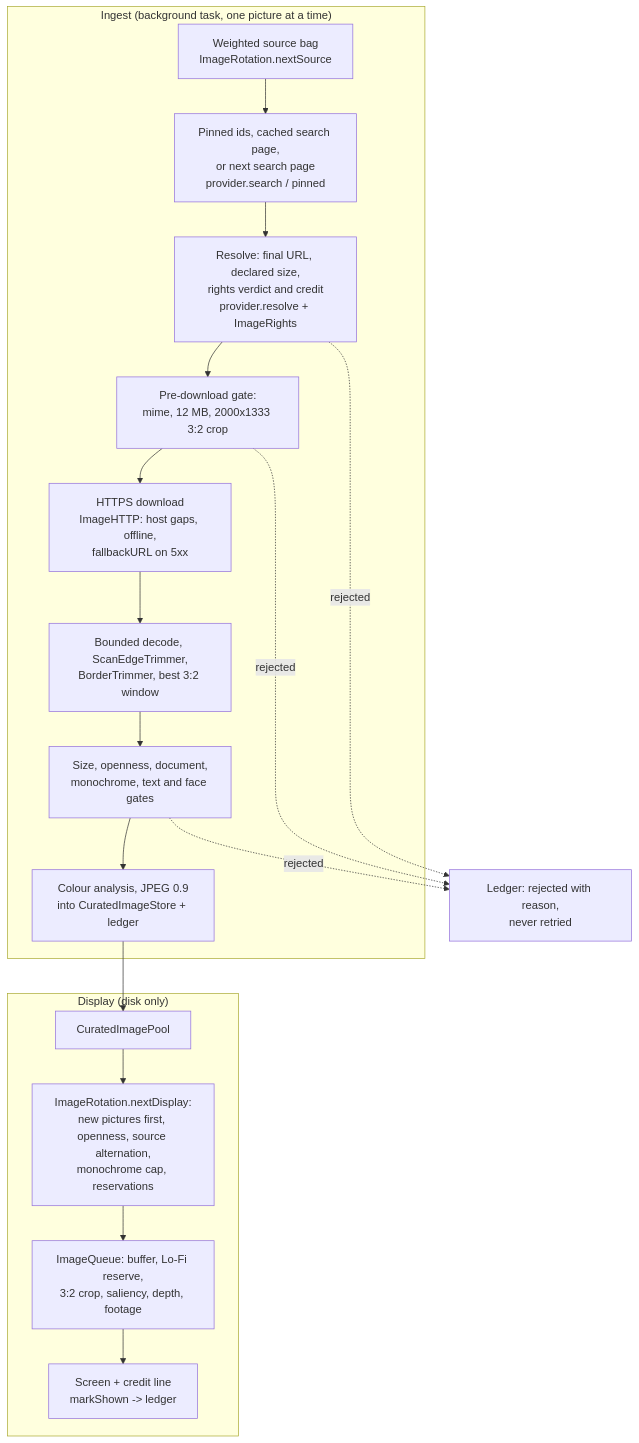
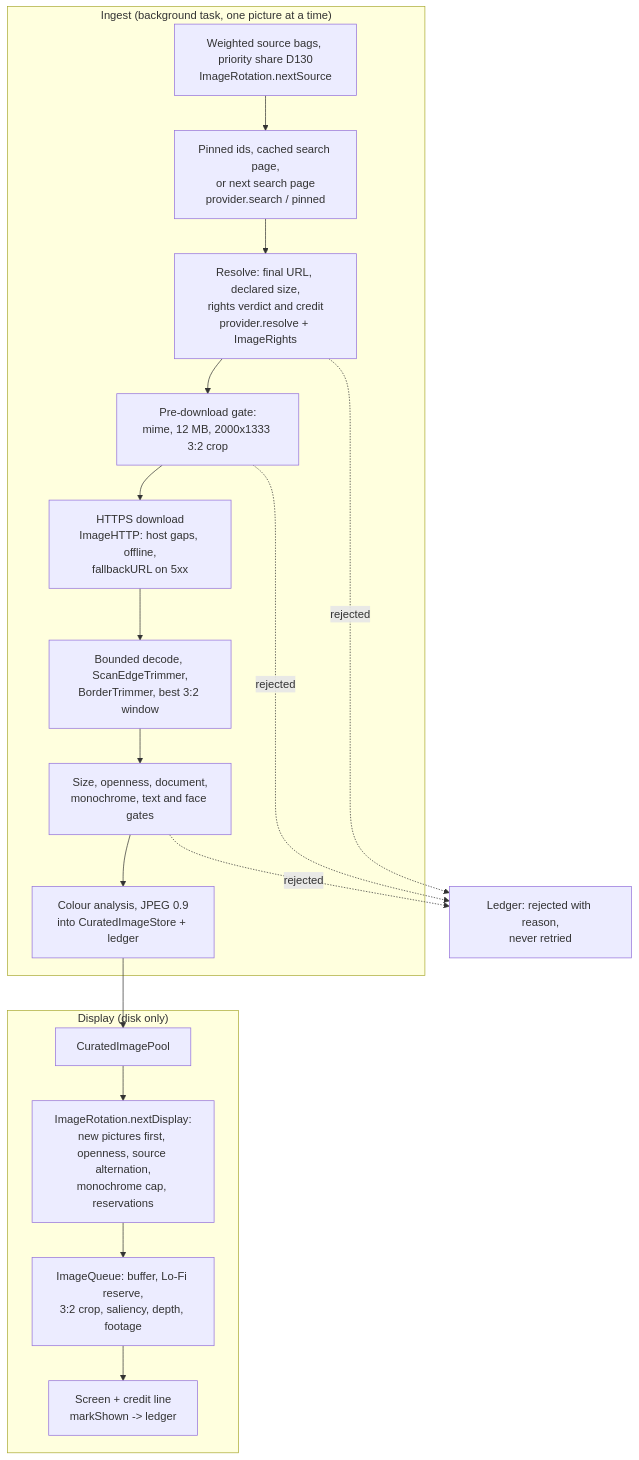
The diagram in docs/image-sources/README.md (pj4533/Liminal), drawn with Mermaid before and after one commit. The commit also changed other lines of this file and 18 other files, not shown here.

````diff
--- a/docs/image-sources/README.md
+++ b/docs/image-sources/README.md
@@ -32,21 +32,21 @@
 ```mermaid
 flowchart TD
     subgraph Ingest["Ingest (background task, one picture at a time)"]
-        A[Weighted source bag<br/>ImageRotation.nextSource] --> B[Pinned ids, cached search page,<br/>or next search page<br/>provider.search / pinned]
+        A[Weighted source bags, priority share D130<br/>ImageRotation.nextSource] --> B[Pinned ids, cached search page,<br/>or next search page<br/>provider.search / pinned]
         B --> C[Resolve: final URL, declared size,<br/>rights verdict and credit<br/>provider.resolve + ImageRights]
         C --> D[Pre-download gate:<br/>mime, 12 MB, 2000x1333 3:2 crop]
         D --> E[HTTPS download<br/>ImageHTTP: host gaps, offline,<br/>fallbackURL on 5xx]
         E --> F[Bounded decode, ScanEdgeTrimmer,<br/>BorderTrimmer, best 3:2 window]
         F --> G[Size, openness, document,<br/>monochrome, text and face gates]
         G --> H[Colour analysis, JPEG 0.9<br/>into CuratedImageStore + ledger]
     end
     subgraph Display["Display (disk only)"]
         H --> I[CuratedImagePool]
         I --> J[ImageRotation.nextDisplay:<br/>new pictures first, openness, source alternation,<br/>monochrome cap, reservations]
         J --> K[ImageQueue: buffer, Lo-Fi reserve,<br/>3:2 crop, saliency, depth, footage]
         K --> L[Screen + credit line<br/>markShown -> ledger]
     end
     C -. rejected .-> R[Ledger: rejected with reason,<br/>never retried]
     D -. rejected .-> R
     G -. rejected .-> R
 ```
````
